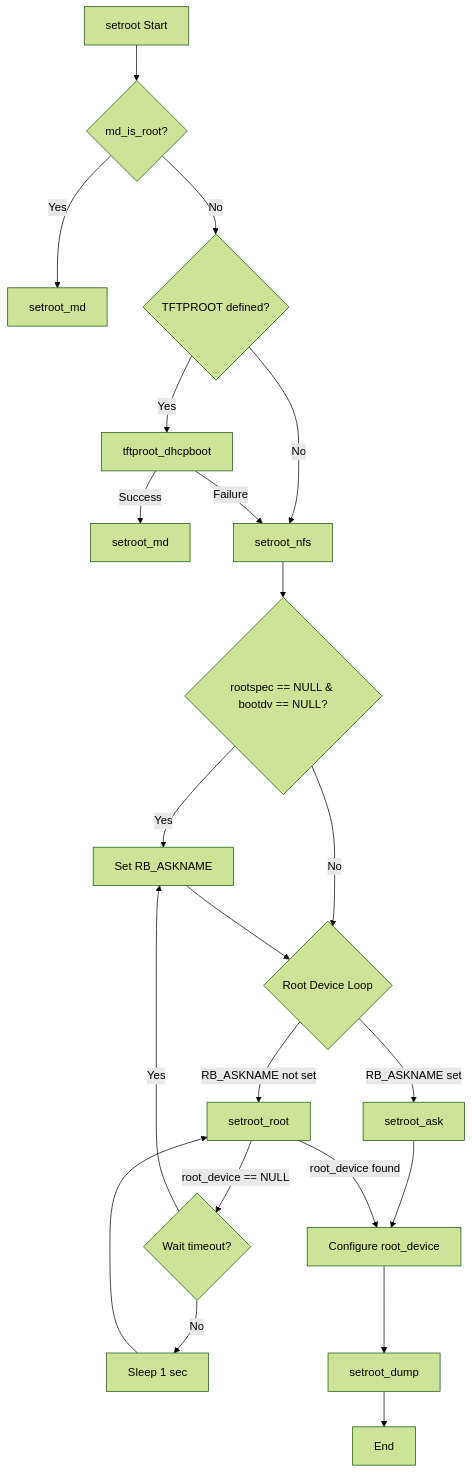
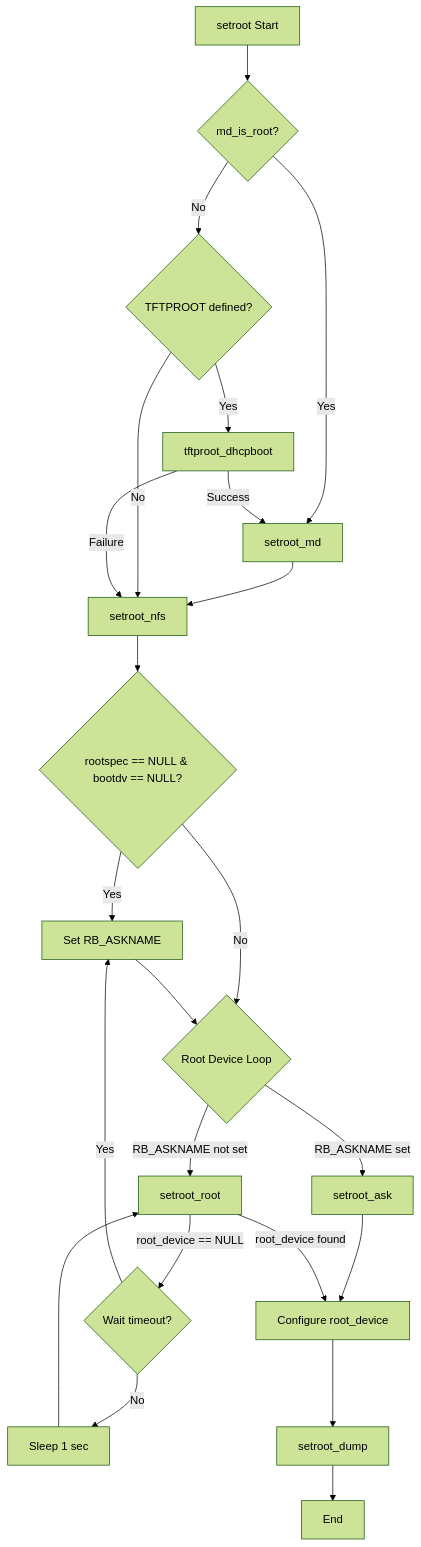
One commit to DiviyamPathak/Gsoc-2024-NetBSD changed the first of 2 diagrams in setrootDocumentation.md. Above: the diagram before and after it, drawn with Mermaid (forest theme). The commit also changed other lines of this file, not shown here.

Commit message:
modifation in flowchat except loop sections

````diff
--- a/setrootDocumentation.md
+++ b/setrootDocumentation.md
@@ -2,32 +2,33 @@
 ```mermaid 
 flowchart TD  
     A[setroot Start] --> B{md_is_root?}  
     B -->|Yes| C[setroot_md]  
     B -->|No| D{TFTPROOT defined?}  
       
     D -->|Yes| E[tftproot_dhcpboot]  
-    E -->|Success| F[setroot_md]  
+    E -->|Success| C[setroot_md]
+    C --> G  
     D -->|No| G[setroot_nfs]  
     E -->|Failure| G  
       
     G --> H{rootspec == NULL & bootdv == NULL?}  
     H -->|Yes| I[Set RB_ASKNAME]  
     H -->|No| J  
       
     I --> J{Root Device Loop}  
     J -->|RB_ASKNAME set| K[setroot_ask]  
     J -->|RB_ASKNAME not set| L[setroot_root]  
       
     L -->|root_device == NULL| M{Wait timeout?}  
     M -->|No| N[Sleep 1 sec]  
     M -->|Yes| I
     N --> L  
     
       
     K --> P[Configure root_device]  
     L -->|root_device found| P  
       
     P --> Q[setroot_dump]  
     Q --> R[End]
 
 ```
````
